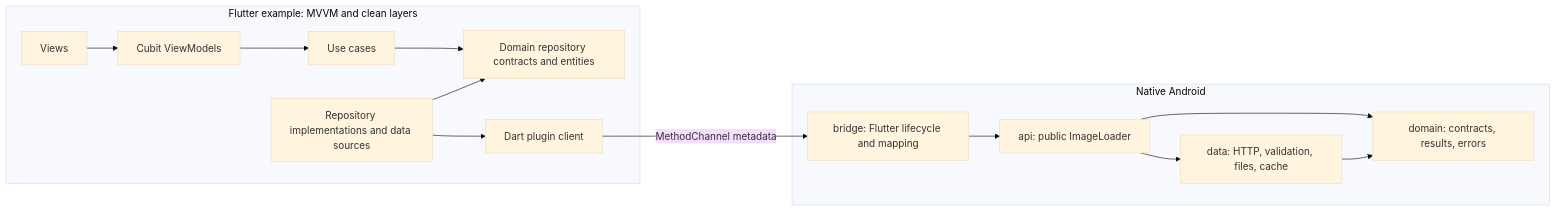
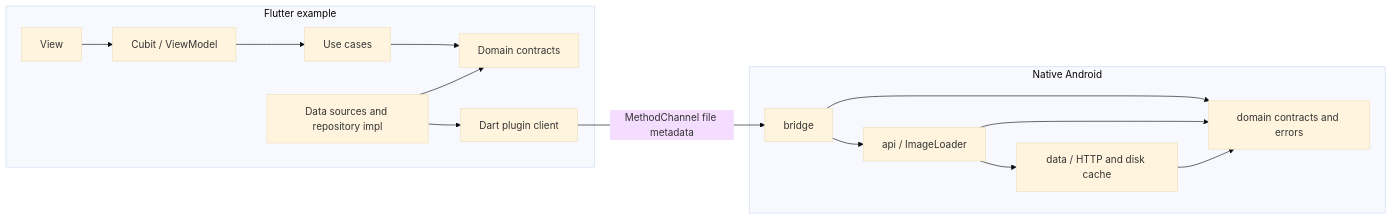
Before and after one commit to tieorange/image-loader-library-flutter-android: the diagram in README.md, drawn with Mermaid (base theme). The commit also changed other lines of this file, not shown here.

````diff
--- a/README.md
+++ b/README.md
@@ -160,19 +84,20 @@
 ```mermaid
 flowchart LR
-  subgraph Flutter[Flutter example: MVVM and clean layers]
-    View[Views] --> Cubit[Cubit ViewModels]
+  subgraph Example[Flutter example]
+    View[View] --> Cubit[Cubit / ViewModel]
     Cubit --> UseCase[Use cases]
-    Data[Repository implementations and data sources] --> Domain[Domain repository contracts and entities]
-    UseCase --> Domain
-    Data --> Plugin[Dart plugin client]
+    UseCase --> Domain[Domain contracts]
+    Data[Data sources and repository impl] --> Domain
+    Data --> DartPlugin[Dart plugin client]
   end
 
-  Plugin -->|MethodChannel metadata| Bridge
+  DartPlugin -->|MethodChannel file metadata| Bridge
 
-  subgraph Android[Native Android]
-    API[api: public ImageLoader] --> NativeDomain[domain: contracts, results, errors]
-    NativeData[data: HTTP, validation, files, cache] --> NativeDomain
-    Bridge[bridge: Flutter lifecycle and mapping] --> API
-    API --> NativeData
+  subgraph Native[Native Android]
+    Bridge[bridge] --> API[api / ImageLoader]
+    Bridge --> NativeDomain
+    API --> NativeDomain[domain contracts and errors]
+    API --> NativeData[data / HTTP and disk cache]
+    NativeData --> NativeDomain
   end
 ```
````
